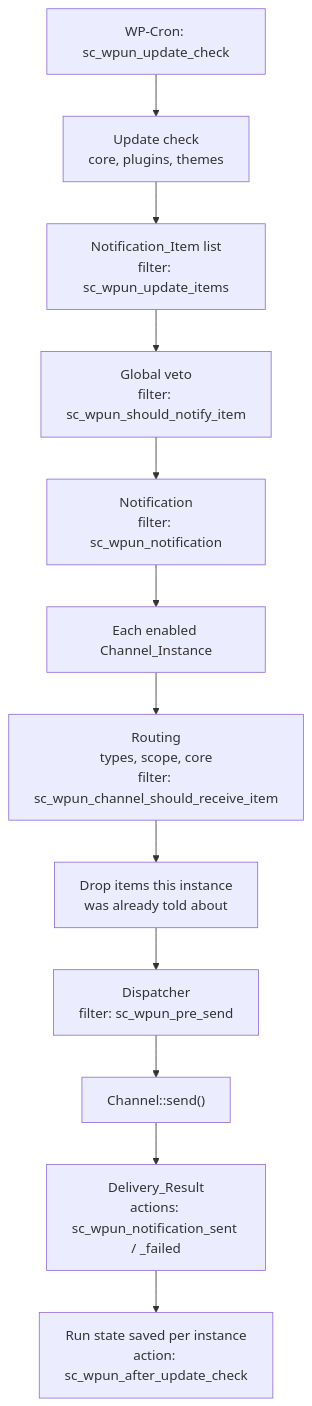
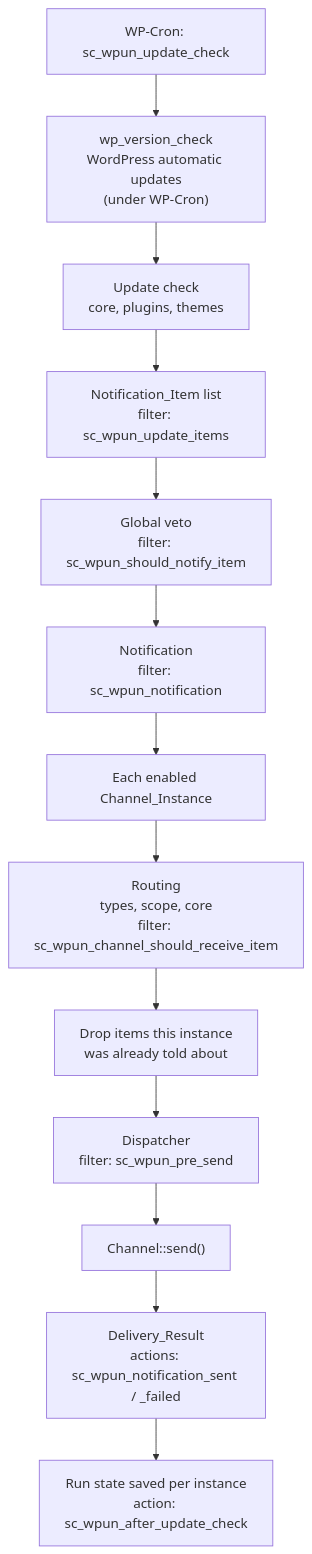
Before and after one commit to l3rady/wp-updates-notifier: the diagram in docs/developers/architecture.md, drawn with Mermaid. The commit also changed other lines of this file and 7 other files, not shown here.

````diff
--- a/docs/developers/architecture.md
+++ b/docs/developers/architecture.md
@@ -5,14 +5,15 @@
 ```mermaid
 flowchart TD
-    cron["WP-Cron: sc_wpun_update_check"] --> check["Update check<br>core, plugins, themes"]
+    cron["WP-Cron: sc_wpun_update_check"] --> auto["wp_version_check<br>WordPress automatic updates<br>(under WP-Cron)"]
+    auto --> check["Update check<br>core, plugins, themes"]
     check --> items["Notification_Item list<br>filter: sc_wpun_update_items"]
     items --> veto["Global veto<br>filter: sc_wpun_should_notify_item"]
     veto --> notification["Notification<br>filter: sc_wpun_notification"]
     notification --> instances["Each enabled Channel_Instance"]
     instances --> routing["Routing<br>types, scope, core<br>filter: sc_wpun_channel_should_receive_item"]
     routing --> dedupe["Drop items this instance<br>was already told about"]
     dedupe --> dispatcher["Dispatcher<br>filter: sc_wpun_pre_send"]
     dispatcher --> send["Channel::send()"]
     send --> result["Delivery_Result<br>actions: sc_wpun_notification_sent / _failed"]
     result --> state["Run state saved per instance<br>action: sc_wpun_after_update_check"]
 ```
````
